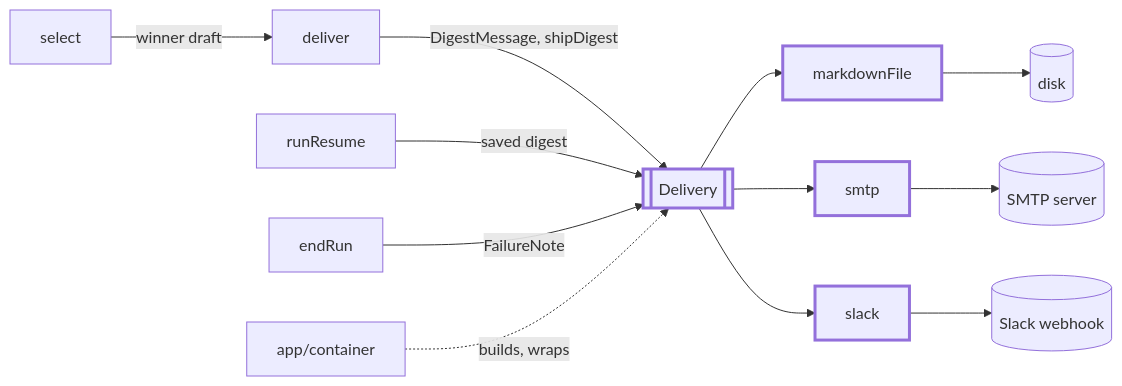
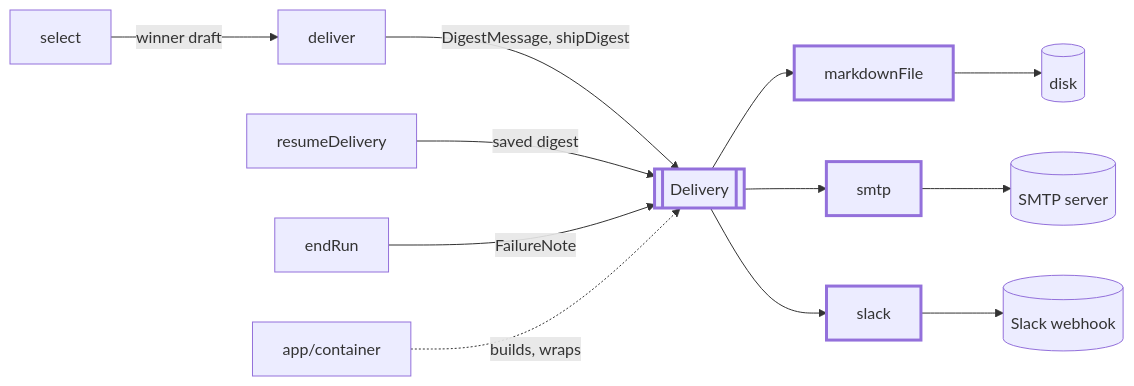
Before and after one commit to odere-pro/weekly-engineering-digest-agent: the first of 2 diagrams in src/delivery/CLAUDE.md, drawn with Mermaid. The commit also changed other lines of this file and 119 other files, not shown here.

````diff
--- a/src/delivery/CLAUDE.md
+++ b/src/delivery/CLAUDE.md
@@ -9,12 +9,12 @@
 ```mermaid
 flowchart LR
   select -->|"winner draft"| deliver
   deliver -->|"DigestMessage, shipDigest"| port[[Delivery]]:::focus
-  resume["runResume"] -->|"saved digest"| port
+  resume["resumeDelivery"] -->|"saved digest"| port
   endRun["endRun"] -->|"FailureNote"| port
   container["app/container"] -.->|"builds, wraps"| port
   port --> markdown["markdownFile"]:::focus --> disk[("disk")]
   port --> smtp["smtp"]:::focus --> mail[("SMTP server")]
   port --> slack["slack"]:::focus --> hook[("Slack webhook")]
   classDef focus stroke-width:3px
 ```
````
